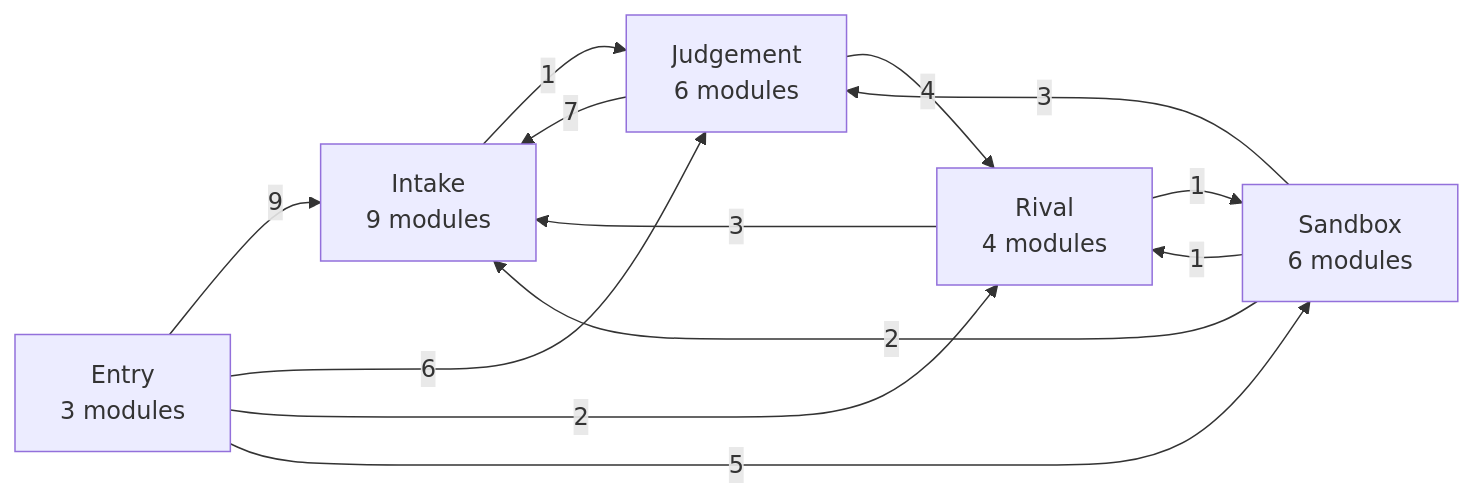
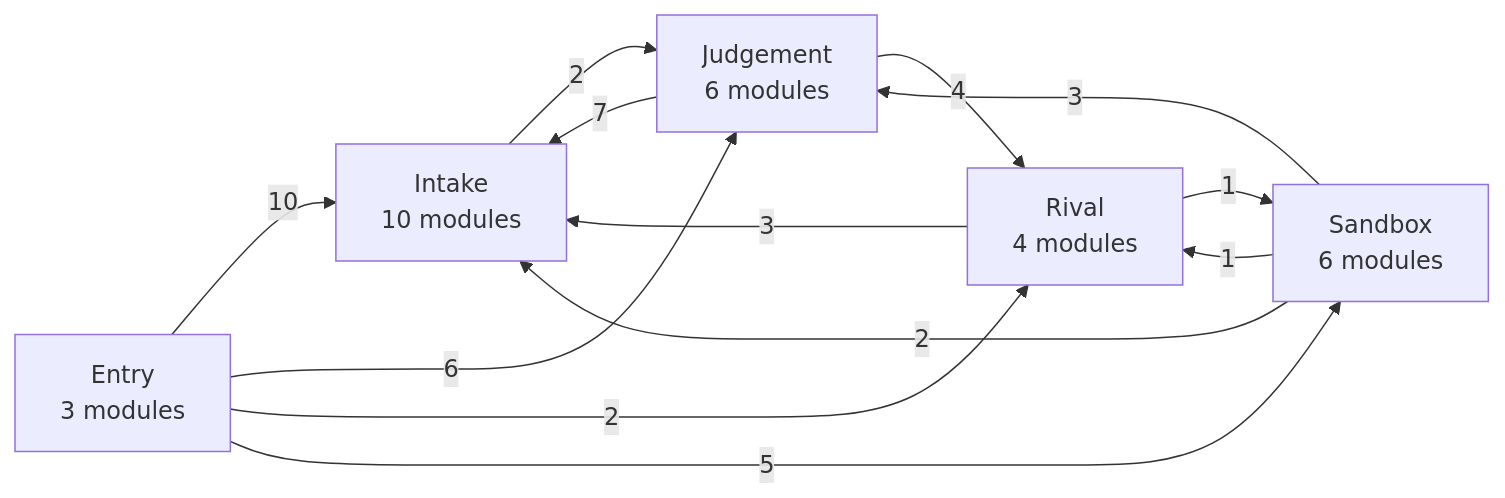
The second of 8 diagrams in docs/harita.md (Okan-wqm/snowball-mcp), drawn with Mermaid before and after one commit. The commit also changed other lines of this file and 23 other files, not shown here.

````diff
--- a/docs/harita.md
+++ b/docs/harita.md
@@ -85,20 +85,20 @@
 ```mermaid
 flowchart LR
   a_Entry["Entry<br/>3 modules"]
-  a_Intake["Intake<br/>9 modules"]
+  a_Intake["Intake<br/>10 modules"]
   a_Sandbox["Sandbox<br/>6 modules"]
   a_Rival["Rival<br/>4 modules"]
   a_Judgement["Judgement<br/>6 modules"]
-  a_Entry -->|9| a_Intake
+  a_Entry -->|10| a_Intake
   a_Entry -->|6| a_Judgement
   a_Entry -->|2| a_Rival
   a_Entry -->|5| a_Sandbox
-  a_Intake -->|1| a_Judgement
+  a_Intake -->|2| a_Judgement
   a_Judgement -->|7| a_Intake
   a_Judgement -->|4| a_Rival
   a_Rival -->|3| a_Intake
   a_Rival -->|1| a_Sandbox
   a_Sandbox -->|2| a_Intake
   a_Sandbox -->|3| a_Judgement
   a_Sandbox -->|1| a_Rival
 ```
````
